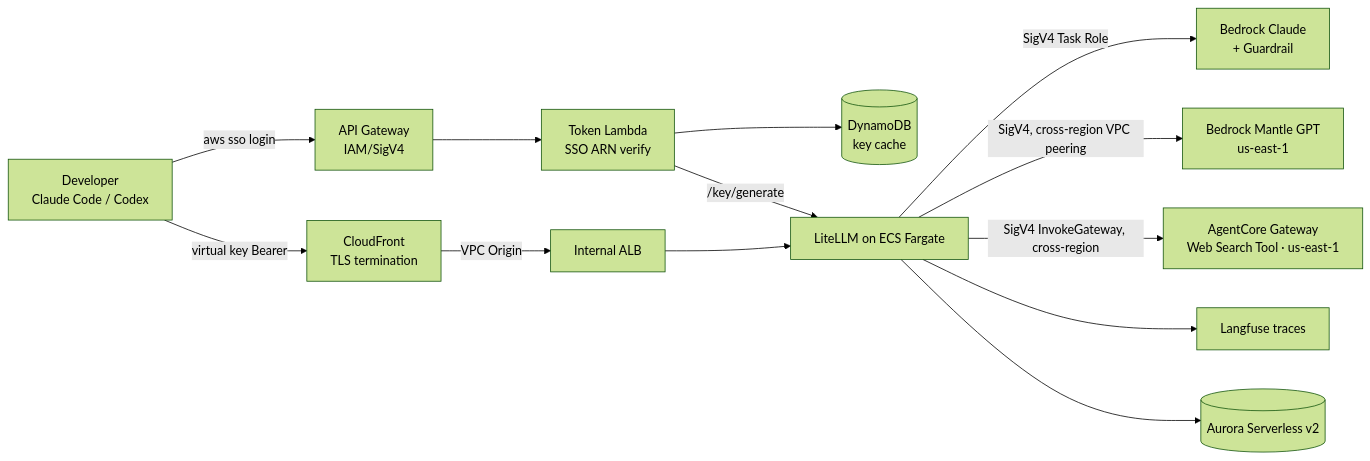
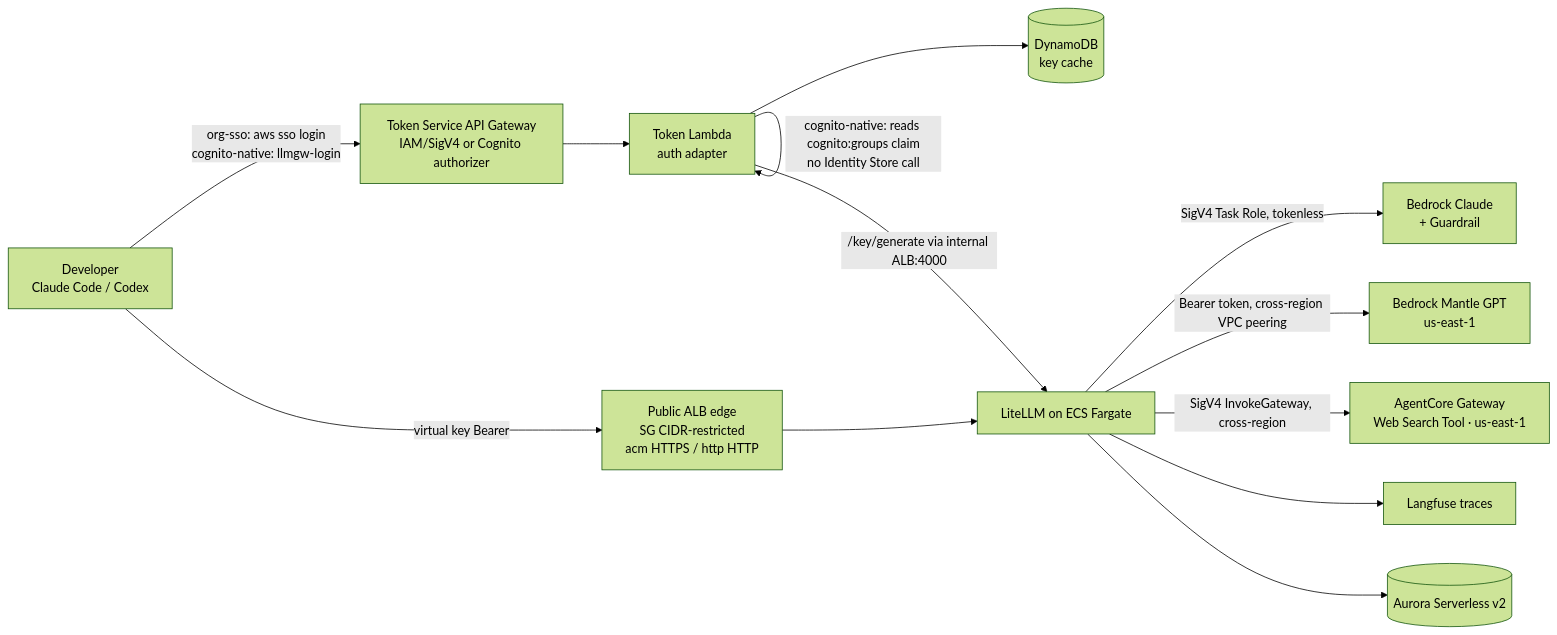
Before and after one commit to aws-samples/sample-aws-solutions-skills: the diagram in llm-gateway-governance-skill/shared/reference/architecture.md, drawn with Mermaid (forest theme). The commit also changed other lines of this file and 32 other files, not shown here.

````diff
--- a/llm-gateway-governance-skill/shared/reference/architecture.md
+++ b/llm-gateway-governance-skill/shared/reference/architecture.md
@@ -7,15 +7,15 @@
 ```mermaid
 graph LR
-  Dev[Developer<br/>Claude Code / Codex] -->|aws sso login| TS
-  Dev -->|virtual key Bearer| CF[CloudFront<br/>TLS termination]
-  TS[API Gateway<br/>IAM/SigV4] --> L[Token Lambda<br/>SSO ARN verify]
+  Dev[Developer<br/>Claude Code / Codex] -->|org-sso: aws sso login<br/>cognito-native: llmgw-login| TS
+  Dev -->|virtual key Bearer| ALB[Public ALB edge<br/>SG CIDR-restricted<br/>acm HTTPS / http HTTP]
+  TS[Token Service API Gateway<br/>IAM/SigV4 or Cognito authorizer] --> L[Token Lambda<br/>auth adapter]
   L --> DDB[(DynamoDB<br/>key cache)]
-  L -->|/key/generate| LLM
-  CF -->|VPC Origin| ALB[Internal ALB]
+  L -->|cognito-native: reads cognito:groups claim<br/>no Identity Store call| L
+  L -->|/key/generate via internal ALB:4000| LLM
   ALB --> LLM[LiteLLM on ECS Fargate]
-  LLM -->|SigV4 Task Role| BR[Bedrock Claude<br/>+ Guardrail]
-  LLM -->|SigV4, cross-region VPC peering| MT[Bedrock Mantle GPT<br/>us-east-1]
+  LLM -->|SigV4 Task Role, tokenless| BR[Bedrock Claude<br/>+ Guardrail]
+  LLM -->|Bearer token, cross-region VPC peering| MT[Bedrock Mantle GPT<br/>us-east-1]
   LLM -->|SigV4 InvokeGateway, cross-region| WS[AgentCore Gateway<br/>Web Search Tool · us-east-1]
   LLM --> LF[Langfuse traces]
   LLM --> AUR[(Aurora Serverless v2)]
 ```
````
